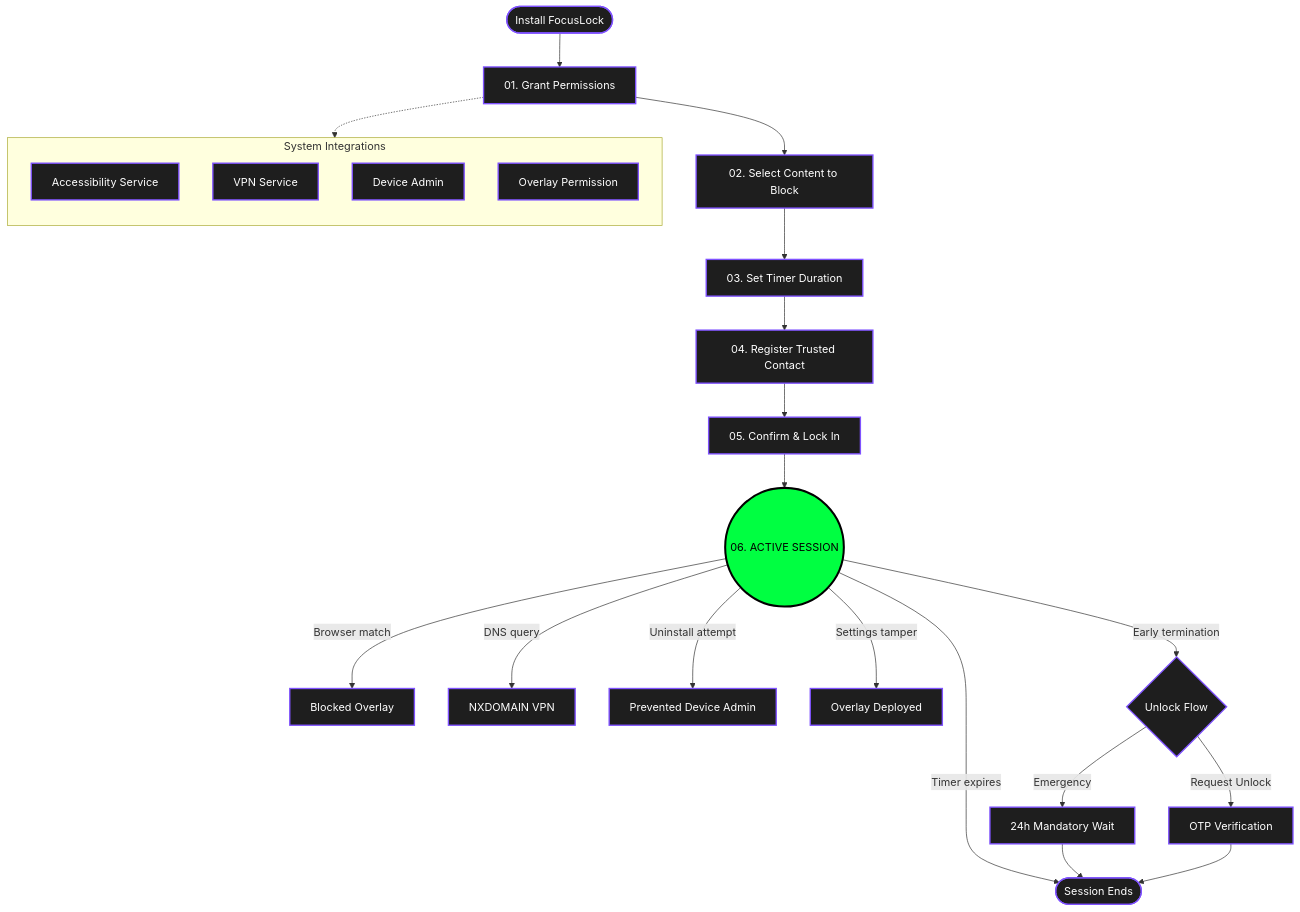
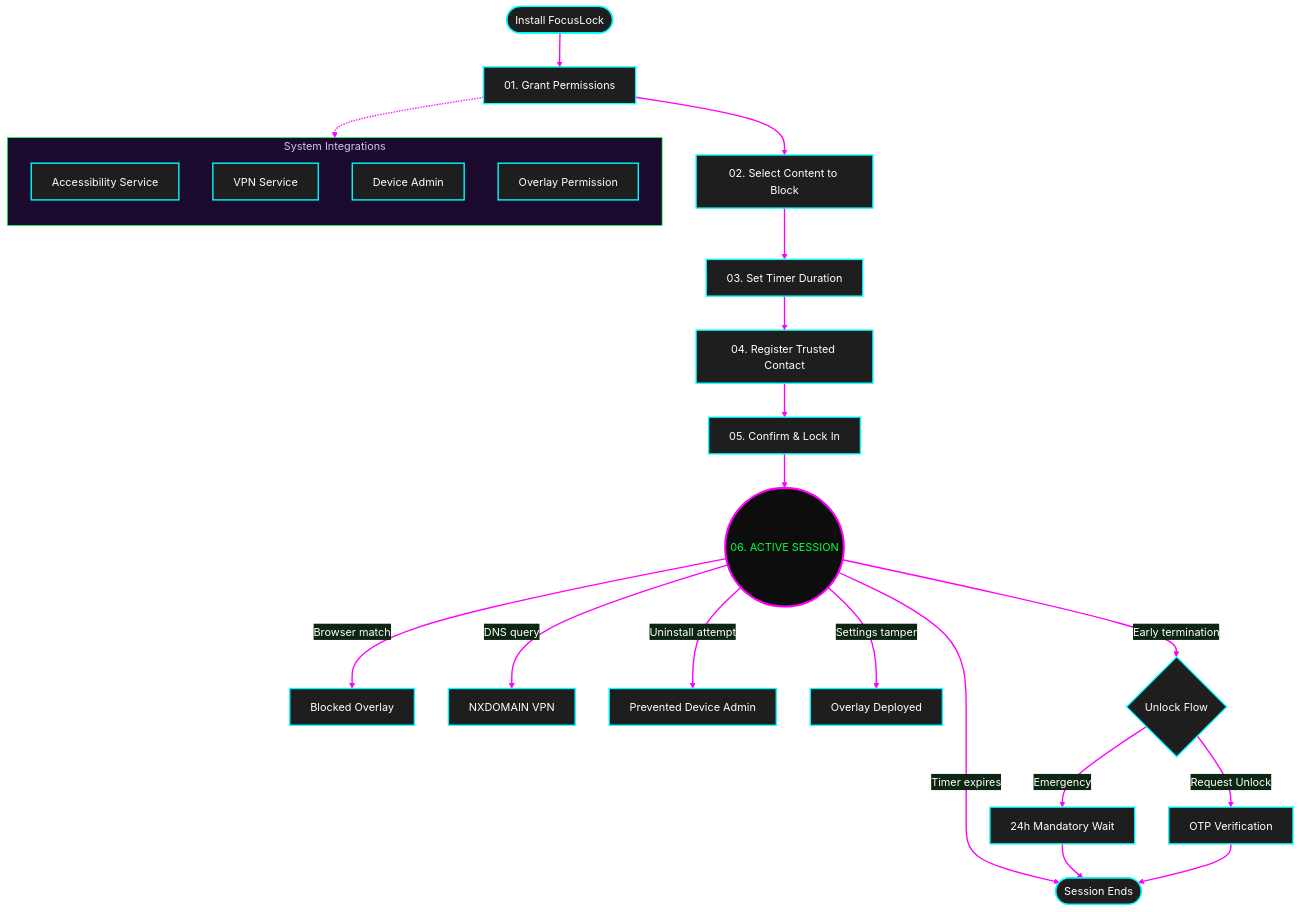
Before and after one commit to Harshal-S-Bhoyar/FocuseLocker: the second of 3 diagrams in README.md, drawn with Mermaid. The commit also changed other lines of this file, not shown here.

Commit message:
docs: Cyberpunk theme overhaul and standard heading cleanup for README.md

````diff
--- a/README.md
+++ b/README.md
@@ -124,36 +129,41 @@
 ```mermaid
 flowchart TD
+    %% Cyberpunk Theme Styling
+    %%{init: {'theme': 'base', 'themeVariables': { 'background': '#050510', 'primaryColor': '#110D26', 'primaryBorderColor': '#00FFFF', 'primaryTextColor': '#FFFFFF', 'lineColor': '#FF0055', 'clusterBkg': '#1A0B2E', 'clusterBorder': '#00FF41' }}}%%
+
     Install([Install FocusLock]) --> Perms[01. Grant Permissions]
     
     subgraph P[System Integrations]
         direction TB
         P1[Accessibility Service]
         P2[VPN Service]
         P3[Device Admin]
         P4[Overlay Permission]
     end
     Perms -.-> P
     
     Perms --> Content[02. Select Content to Block]
     Content --> Timer[03. Set Timer Duration]
     Timer --> Contact[04. Register Trusted Contact]
     Contact --> Lock[05. Confirm & Lock In]
     Lock --> Active((06. ACTIVE SESSION))
     
     Active -->|Browser match| B1[Blocked Overlay]
     Active -->|DNS query| B2[NXDOMAIN VPN]
     Active -->|Uninstall attempt| B3[Prevented Device Admin]
     Active -->|Settings tamper| B4[Overlay Deployed]
     
     Active -->|Timer expires| Done([Session Ends])
     
     Active -->|Early termination| Unlock{Unlock Flow}
     Unlock -- Request Unlock --> OTP[OTP Verification]
     Unlock -- Emergency --> Bypass[24h Mandatory Wait]
     Bypass --> Done
     OTP --> Done
     
-    classDef default fill:#1E1E1E,stroke:#7F52FF,stroke-width:2px,color:#FFF
-    classDef active fill:#00FF41,stroke:#000,color:#000,stroke-width:3px
+    classDef default fill:#1E1E1E,stroke:#00FFFF,stroke-width:2px,color:#FFFFFF
+    classDef active fill:#0D0D0D,stroke:#FF00FF,color:#00FF41,stroke-width:3px,shadow:true
     class Active active
+    
+    linkStyle default stroke:#FF00FF,stroke-width:2px;
 ```
````
